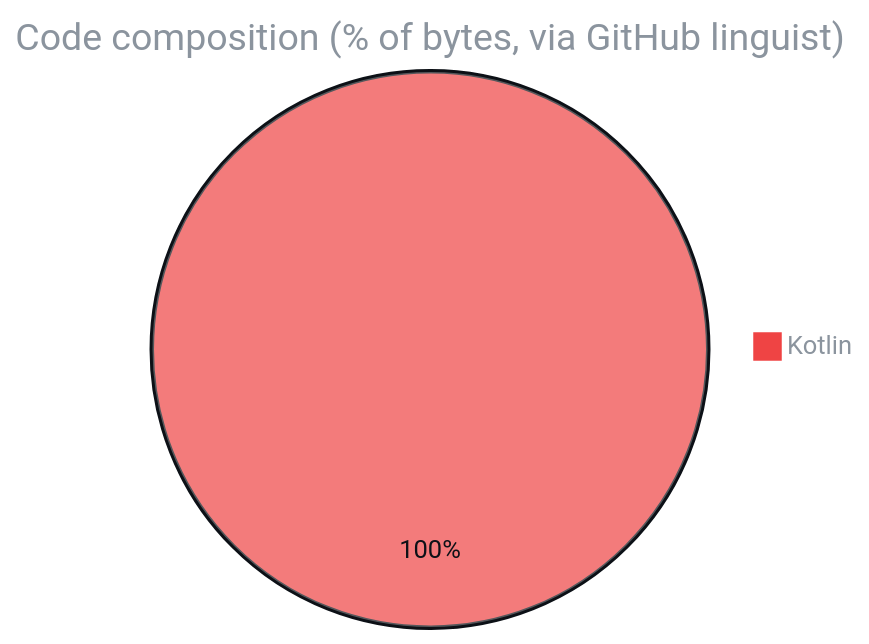
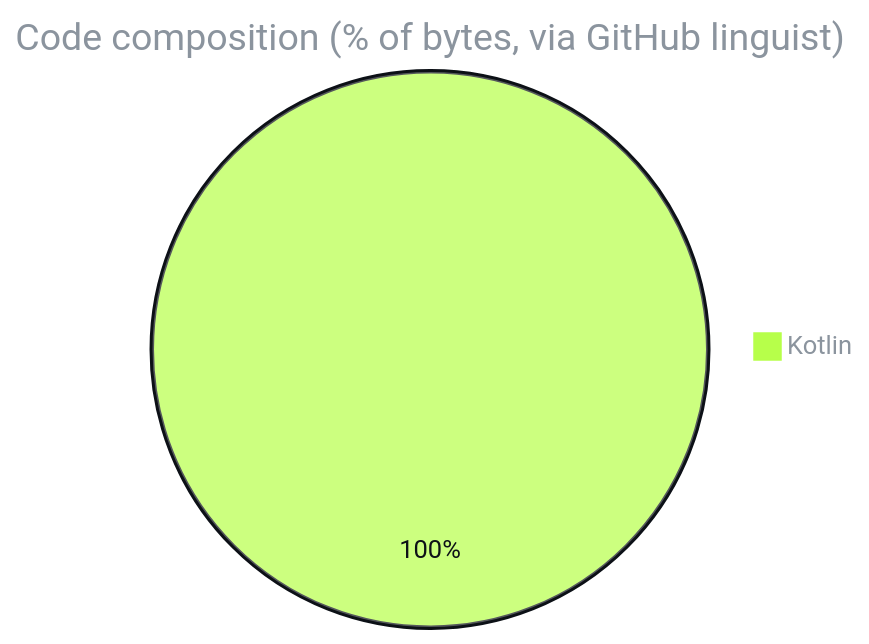
Before and after one commit to F0rger123/Apex-Cockpit: the third of 3 diagrams in README.md, drawn with Mermaid. The commit also changed other lines of this file and 2 other files, not shown here.

````diff
--- a/README.md
+++ b/README.md
@@ -89,5 +90,5 @@
 ```mermaid
-%%{init: {'theme':'base','themeVariables':{'pie1':'#ef4444','pie2':'#facc15','pie3':'#64748b','pie4':'#94a3b8','pie5':'#475569','pie6':'#cbd5e1','pie7':'#334155','pieStrokeColor':'#0d1117','pieOuterStrokeColor':'#0d1117','pieTitleTextColor':'#8b949e','pieLegendTextColor':'#8b949e','pieSectionTextColor':'#0d1117'}}}%%
+%%{init: {'theme':'base','themeVariables':{'pie1':'#B7FF4A','pie2':'#72B82F','pie3':'#64748b','pie4':'#94a3b8','pie5':'#475569','pie6':'#cbd5e1','pie7':'#334155','pieStrokeColor':'#0d1117','pieOuterStrokeColor':'#0d1117','pieTitleTextColor':'#8b949e','pieLegendTextColor':'#8b949e','pieSectionTextColor':'#0d1117'}}}%%
 pie title Code composition (% of bytes, via GitHub linguist)
     "Kotlin" : 100.0
 ```
````
